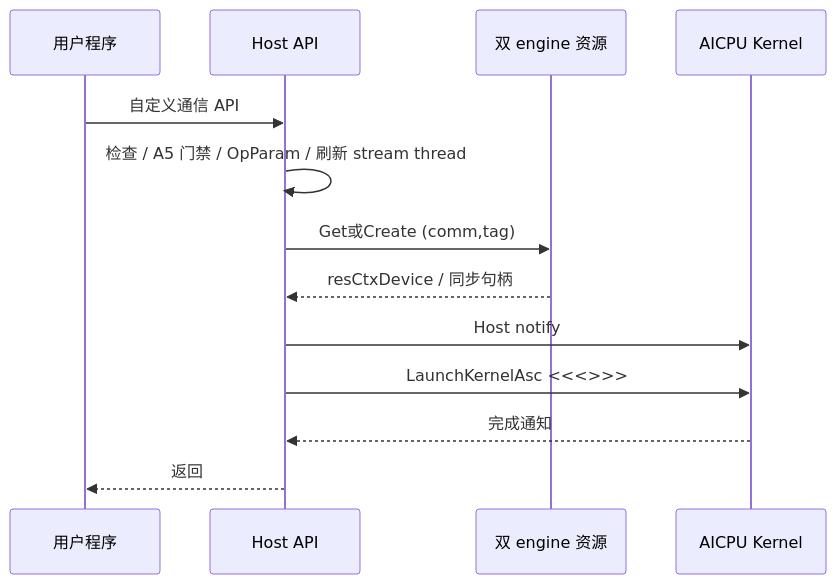
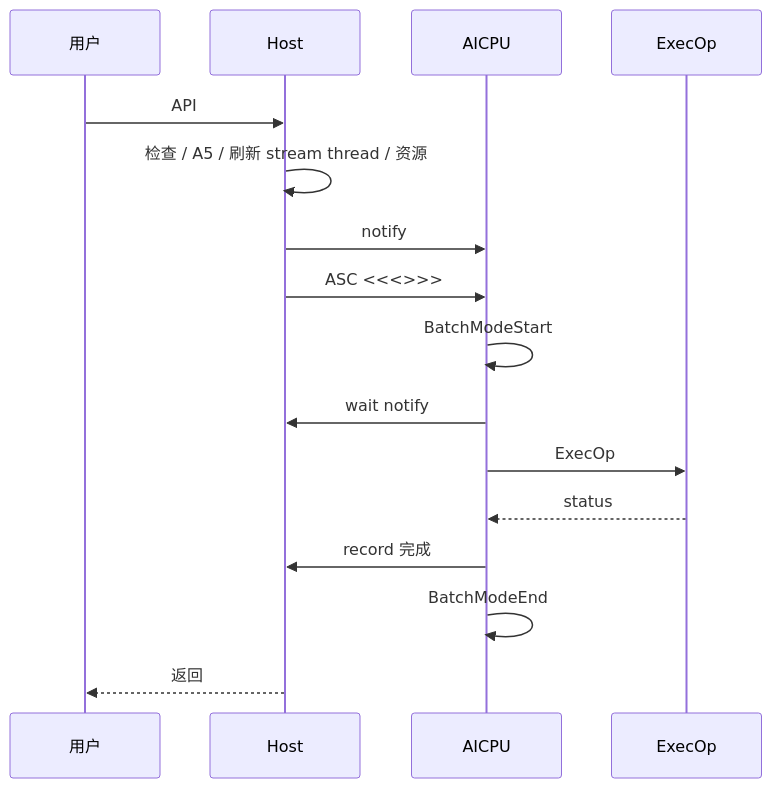
Before and after one commit to qingshangyan12/my_code: the third of 3 diagrams in docs/aicpu_custom_communication_op_design.md, drawn with Mermaid. The commit also changed other lines of this file, not shown here.

````diff
--- a/docs/aicpu_custom_communication_op_design.md
+++ b/docs/aicpu_custom_communication_op_design.md
@@ -251,16 +254,19 @@
 ```mermaid
 sequenceDiagram
-    participant U as 用户程序
-    participant H as Host API
-    participant R as 双 engine 资源
-    participant A as AICPU Kernel
+    participant U as 用户
+    participant H as Host
+    participant A as AICPU
+    participant E as ExecOp
 
-    U->>H: 自定义通信 API
-    H->>H: 检查 / A5 门禁 / OpParam / 刷新 stream thread
-    H->>R: Get或Create (comm,tag)
-    R-->>H: resCtxDevice / 同步句柄
-    H->>A: Host notify
-    H->>A: LaunchKernelAsc <<<>>>
-    A-->>H: 完成通知
+    U->>H: API
+    H->>H: 检查 / A5 / 刷新 stream thread / 资源
+    H->>A: notify
+    H->>A: ASC <<<>>>
+    A->>A: BatchModeStart
+    A->>H: wait notify
+    A->>E: ExecOp
+    E-->>A: status
+    A->>H: record 完成
+    A->>A: BatchModeEnd
     H-->>U: 返回
 ```
````
